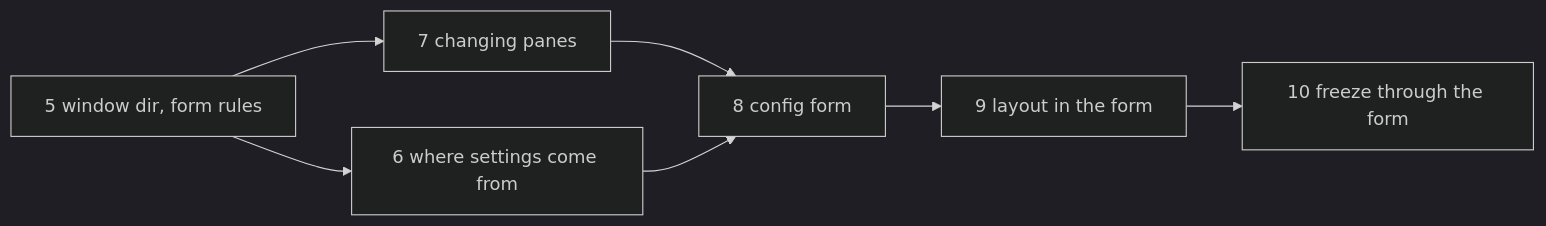
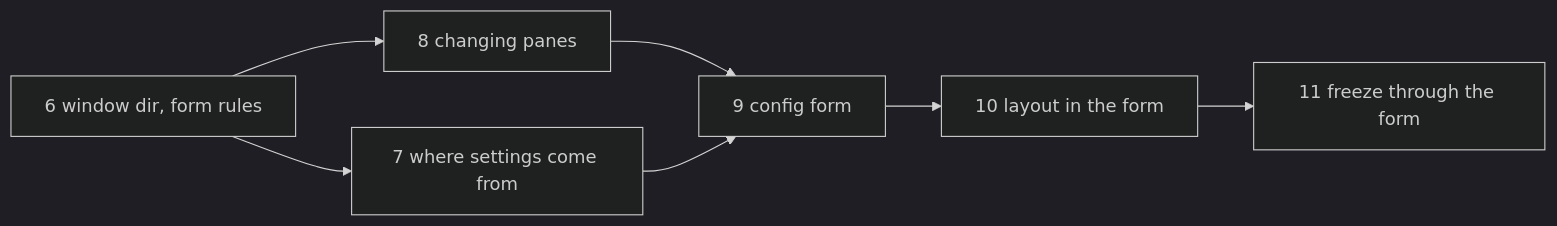
The diagram in docs/backlog.md (medilies/weaver), drawn with Mermaid (dark theme) before and after one commit. The commit also changed other lines of this file and 10 other files, not shown here.

````diff
--- a/docs/backlog.md
+++ b/docs/backlog.md
@@ -43,8 +43,8 @@
 ```mermaid
 flowchart LR
-    T5[5 window dir, form rules] --> T6[6 where settings come from]
-    T5 --> T7[7 changing panes]
-    T7 --> T8[8 config form]
-    T6 --> T8
-    T8 --> T9[9 layout in the form] --> T10[10 freeze through the form]
+    T6[6 window dir, form rules] --> T7[7 where settings come from]
+    T6 --> T8[8 changing panes]
+    T8 --> T9[9 config form]
+    T7 --> T9
+    T9 --> T10[10 layout in the form] --> T11[11 freeze through the form]
 ```
````
